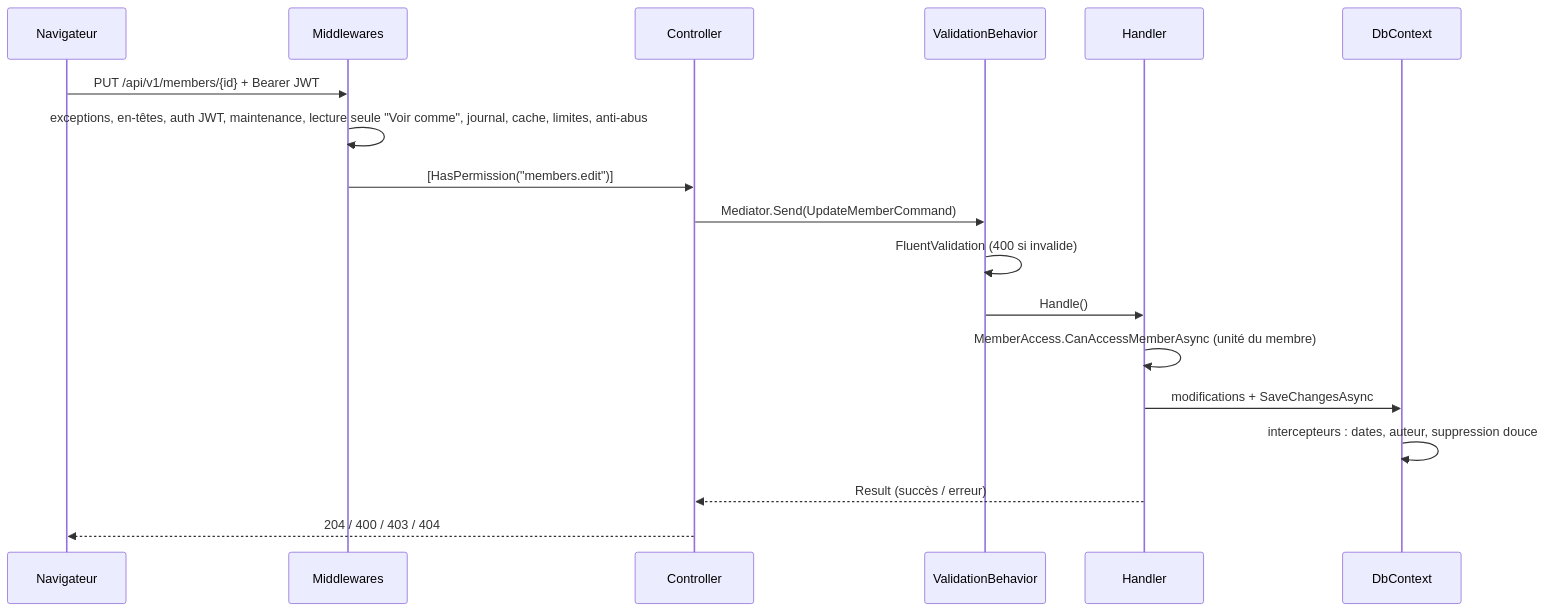
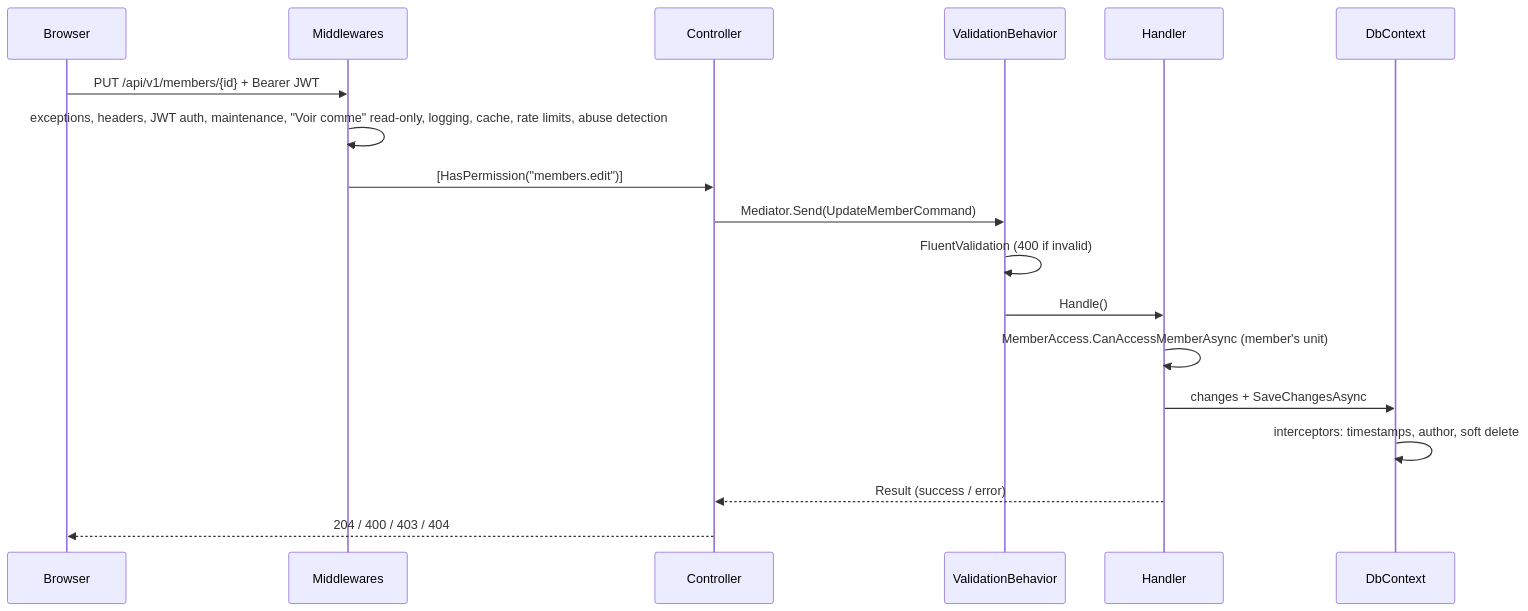
The second of 4 diagrams in docs/help/documentation-technique.md (samerc/GNDJ_Gestion_Groupe), drawn with Mermaid before and after one commit. The commit also changed other lines of this file and 2 other files, not shown here.

````diff
--- a/docs/help/documentation-technique.md
+++ b/docs/help/documentation-technique.md
@@ -51,20 +51,20 @@
 ```mermaid
 sequenceDiagram
-    participant N as Navigateur
+    participant B as Browser
     participant M as Middlewares
     participant C as Controller
     participant V as ValidationBehavior
     participant H as Handler
     participant D as DbContext
-    N->>M: PUT /api/v1/members/{id} + Bearer JWT
-    M->>M: exceptions, en-têtes, auth JWT, maintenance, lecture seule "Voir comme", journal, cache, limites, anti-abus
+    B->>M: PUT /api/v1/members/{id} + Bearer JWT
+    M->>M: exceptions, headers, JWT auth, maintenance, "Voir comme" read-only, logging, cache, rate limits, abuse detection
     M->>C: [HasPermission("members.edit")]
     C->>V: Mediator.Send(UpdateMemberCommand)
-    V->>V: FluentValidation (400 si invalide)
+    V->>V: FluentValidation (400 if invalid)
     V->>H: Handle()
-    H->>H: MemberAccess.CanAccessMemberAsync (unité du membre)
-    H->>D: modifications + SaveChangesAsync
-    D->>D: intercepteurs : dates, auteur, suppression douce
-    H-->>C: Result (succès / erreur)
-    C-->>N: 204 / 400 / 403 / 404
+    H->>H: MemberAccess.CanAccessMemberAsync (member's unit)
+    H->>D: changes + SaveChangesAsync
+    D->>D: interceptors: timestamps, author, soft delete
+    H-->>C: Result (success / error)
+    C-->>B: 204 / 400 / 403 / 404
 ```
````
